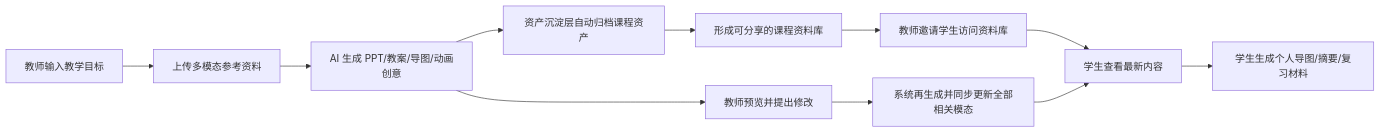
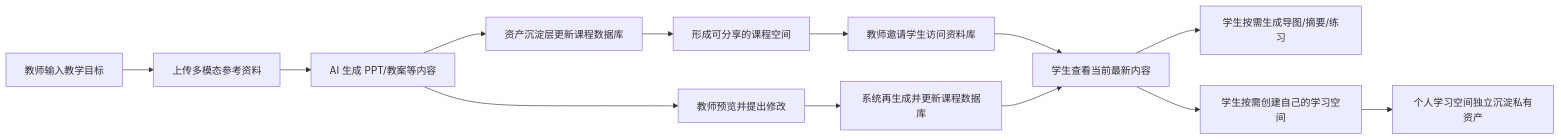
Before and after one commit to ln-one/Spectra: the third of 3 diagrams in docs/competition/04-architecture.md, drawn with Mermaid. The commit also changed other lines of this file and 15 other files, not shown here.

````diff
--- a/docs/competition/04-architecture.md
+++ b/docs/competition/04-architecture.md
@@ -166,13 +172,15 @@
 ```mermaid
 flowchart LR
     A["教师输入教学目标"] --> B["上传多模态参考资料"]
-    B --> C["AI 生成 PPT/教案/导图/动画创意"]
-    C --> D["资产沉淀层自动归档课程资产"]
-    D --> E["形成可分享的课程资料库"]
+    B --> C["AI 生成 PPT/教案等内容"]
+    C --> D["资产沉淀层更新课程数据库"]
+    D --> E["形成可分享的课程空间"]
     E --> F["教师邀请学生访问资料库"]
-    F --> G["学生查看最新内容"]
-    G --> H["学生生成个人导图/摘要/复习材料"]
+    F --> G["学生查看当前最新内容"]
+    G --> H["学生按需生成导图/摘要/练习"]
+    G --> K["学生按需创建自己的学习空间"]
     C --> I["教师预览并提出修改"]
-    I --> J["系统再生成并同步更新全部相关模态"]
+    I --> J["系统再生成并更新课程数据库"]
     J --> G
+    K --> L["个人学习空间独立沉淀私有资产"]
 ```
````
